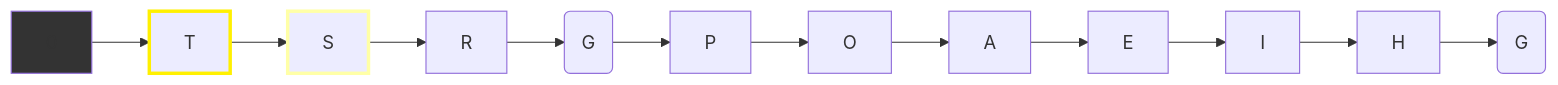
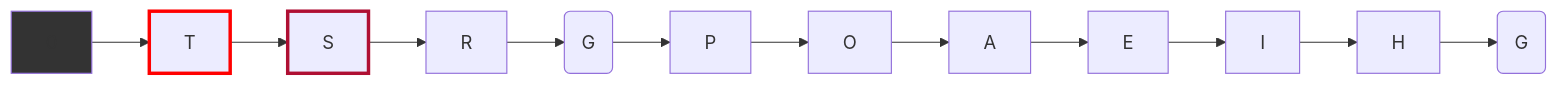
Before and after one commit to west7/EDA2: the eighth of 18 diagrams in README.md, drawn with Mermaid. The commit also changed other lines of this file, not shown here.

Commit message:
update graph section

````diff
--- a/README.md
+++ b/README.md
@@ -528,8 +530,8 @@
 ```mermaid
     graph LR;
     0 --> T --> S --> R --> G1(G) --> P --> O --> A --> E --> I --> H --> G2(G)
 
-    style T stroke-width: 3px, stroke: #FFF000
-    style S stroke-width: 3px, stroke: #FFFFA7
+    style T stroke-width: 3px, stroke: #FF0000
+    style S stroke-width: 3px, stroke: #AF0F33
     style 0 fill: #333
 ```
````
